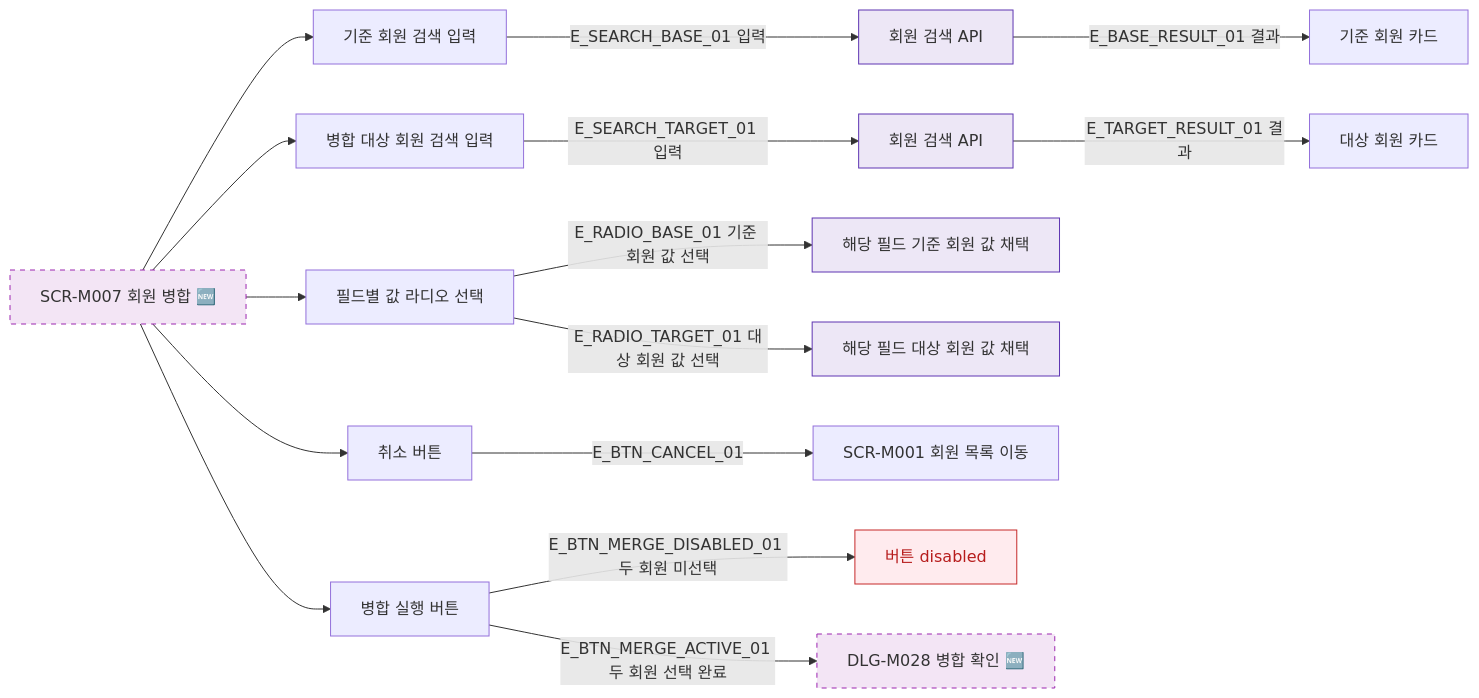
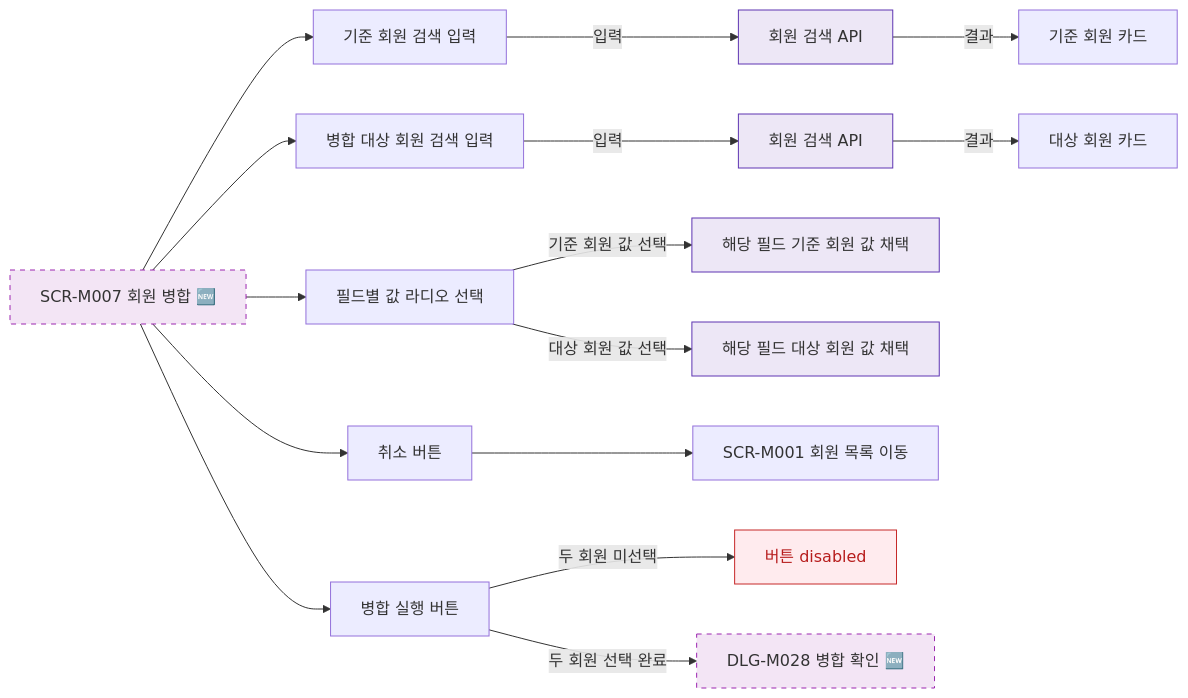
Before and after one commit to dev-spogym/admin-pando: the diagram in docs/다이어그램/D02_회원관리/SCR-M007_회원병합/F3_버튼액션.md, drawn with Mermaid. The commit also changed other lines of this file and 1660 other files, not shown here.

First line of the commit message:
다이어그램: 기획자/클라이언트 납품본으로 정리

````diff
--- a/docs/다이어그램/D02_회원관리/SCR-M007_회원병합/F3_버튼액션.md
+++ b/docs/다이어그램/D02_회원관리/SCR-M007_회원병합/F3_버튼액션.md
@@ -22,34 +20,34 @@
 ```mermaid
 flowchart LR
   SCR_M007[SCR-M007 회원 병합 🆕]
 
   SCR_M007 --> SEARCH_BASE_INPUT[기준 회원 검색 입력]
   SCR_M007 --> SEARCH_TARGET_INPUT[병합 대상 회원 검색 입력]
   SCR_M007 --> RADIO_FIELD[필드별 값 라디오 선택]
   SCR_M007 --> BTN_CANCEL[취소 버튼]
   SCR_M007 --> BTN_MERGE[병합 실행 버튼]
 
-  SEARCH_BASE_INPUT   -->|E_SEARCH_BASE_01 입력| API_SEARCH_BASE[회원 검색 API]
-  SEARCH_TARGET_INPUT -->|E_SEARCH_TARGET_01 입력| API_SEARCH_TARGET[회원 검색 API]
+  SEARCH_BASE_INPUT -->|입력|API_SEARCH_BASE[회원 검색 API]
+  SEARCH_TARGET_INPUT -->|입력|API_SEARCH_TARGET[회원 검색 API]
 
-  API_SEARCH_BASE   -->|E_BASE_RESULT_01 결과| BASE_CARD[기준 회원 카드]
-  API_SEARCH_TARGET -->|E_TARGET_RESULT_01 결과| TARGET_CARD[대상 회원 카드]
+  API_SEARCH_BASE -->|결과|BASE_CARD[기준 회원 카드]
+  API_SEARCH_TARGET -->|결과|TARGET_CARD[대상 회원 카드]
 
-  RADIO_FIELD -->|E_RADIO_BASE_01 기준 회원 값 선택| FIELD_SET[해당 필드 기준 회원 값 채택]
-  RADIO_FIELD -->|E_RADIO_TARGET_01 대상 회원 값 선택| FIELD_SET2[해당 필드 대상 회원 값 채택]
+  RADIO_FIELD -->|기준 회원 값 선택|FIELD_SET[해당 필드 기준 회원 값 채택]
+  RADIO_FIELD -->|대상 회원 값 선택|FIELD_SET2[해당 필드 대상 회원 값 채택]
 
-  BTN_CANCEL -->|E_BTN_CANCEL_01| NAV_LIST[SCR-M001 회원 목록 이동]
+  BTN_CANCEL --> NAV_LIST[SCR-M001 회원 목록 이동]
 
-  BTN_MERGE -->|E_BTN_MERGE_DISABLED_01 두 회원 미선택| MERGE_DISABLED[버튼 disabled]
-  BTN_MERGE -->|E_BTN_MERGE_ACTIVE_01 두 회원 선택 완료| DLG_M028[DLG-M028 병합 확인 🆕]
+  BTN_MERGE -->|두 회원 미선택|MERGE_DISABLED[버튼 disabled]
+  BTN_MERGE -->|두 회원 선택 완료|DLG_M028[DLG-M028 병합 확인 🆕]
 
-  classDef screen     fill:#E3F2FD,stroke:#1976D2,color:#0D47A1
+  classDef screen fill:#E3F2FD,stroke:#1976D2,color:#0D47A1
   classDef newFeature fill:#F3E5F5,stroke:#9C27B0,stroke-dasharray:5 5
-  classDef system     fill:#EDE7F6,stroke:#5E35B2
-  classDef error      fill:#FFEBEE,stroke:#C62828,color:#B71C1C
+  classDef system fill:#EDE7F6,stroke:#5E35B2
+  classDef error fill:#FFEBEE,stroke:#C62828,color:#B71C1C
 
   class SCR_M004 screen
   class SCR_M007,DLG_M028 newFeature
   class API_SEARCH_BASE,API_SEARCH_TARGET,FIELD_SET,FIELD_SET2 system
   class MERGE_DISABLED error
 ```
````
